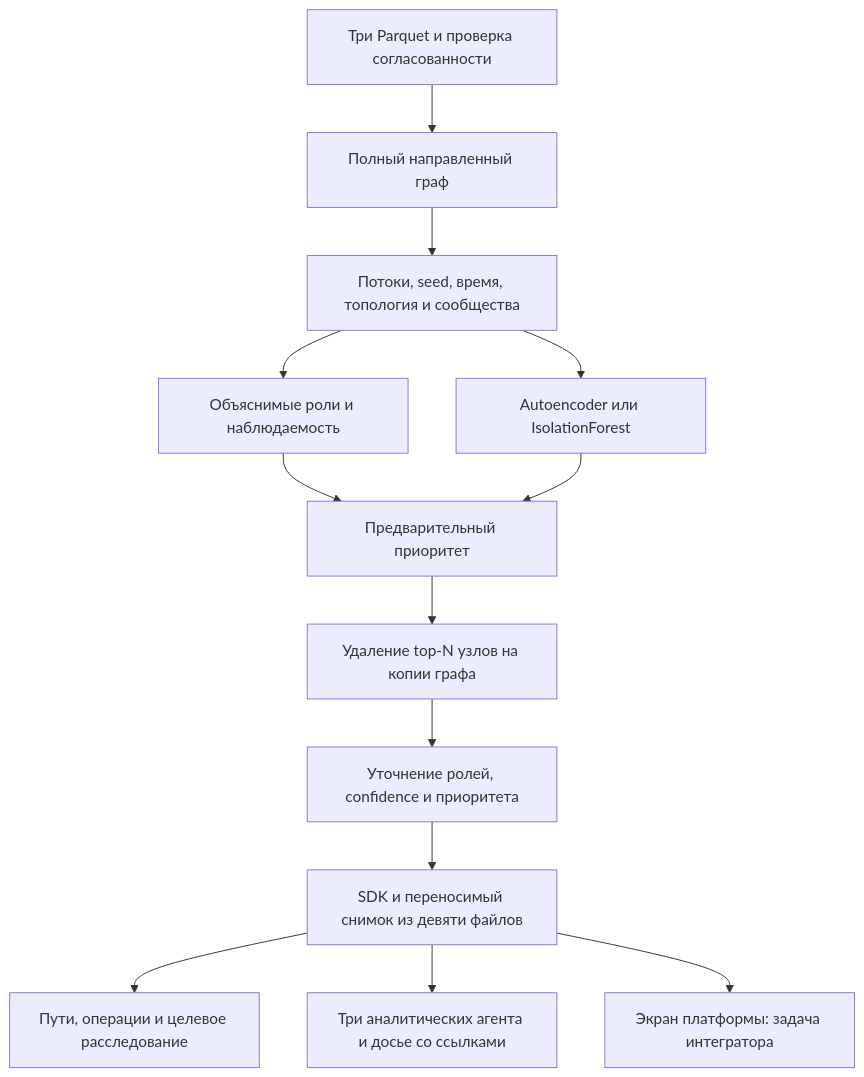
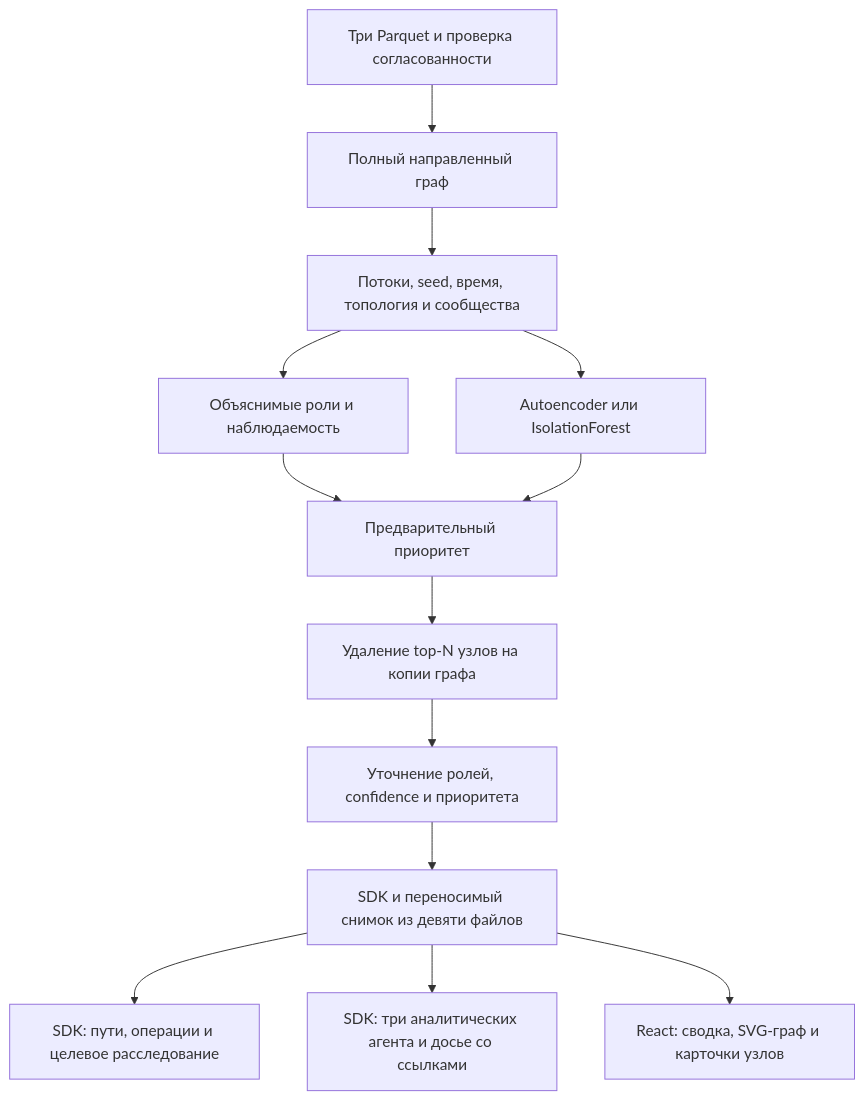
Before and after one commit to BAITC-Hacks/hack-c2a931d4-hackyou: the diagram in docs/ai-engine-readme.md, drawn with Mermaid. The commit also changed other lines of this file and 7 other files, not shown here.

````diff
--- a/docs/ai-engine-readme.md
+++ b/docs/ai-engine-readme.md
@@ -167,15 +167,15 @@
 ```mermaid
 flowchart TD
     A[Три Parquet и проверка согласованности] --> B[Полный направленный граф]
     B --> C[Потоки, seed, время, топология и сообщества]
     C --> D[Объяснимые роли и наблюдаемость]
     C --> E[Autoencoder или IsolationForest]
     D --> F[Предварительный приоритет]
     E --> F
     F --> G[Удаление top-N узлов на копии графа]
     G --> H[Уточнение ролей, confidence и приоритета]
     H --> I[SDK и переносимый снимок из девяти файлов]
-    I --> J[Пути, операции и целевое расследование]
-    I --> L[Три аналитических агента и досье со ссылками]
-    I --> K[Экран платформы: задача интегратора]
+    I --> J[SDK: пути, операции и целевое расследование]
+    I --> L[SDK: три аналитических агента и досье со ссылками]
+    I --> K[React: сводка, SVG-граф и карточки узлов]
 ```
````
